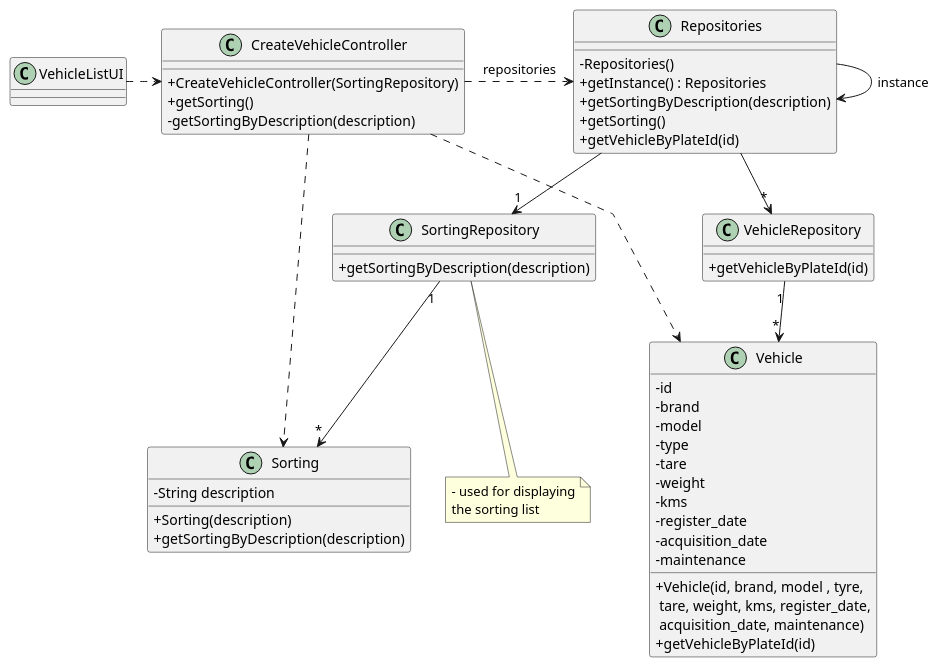
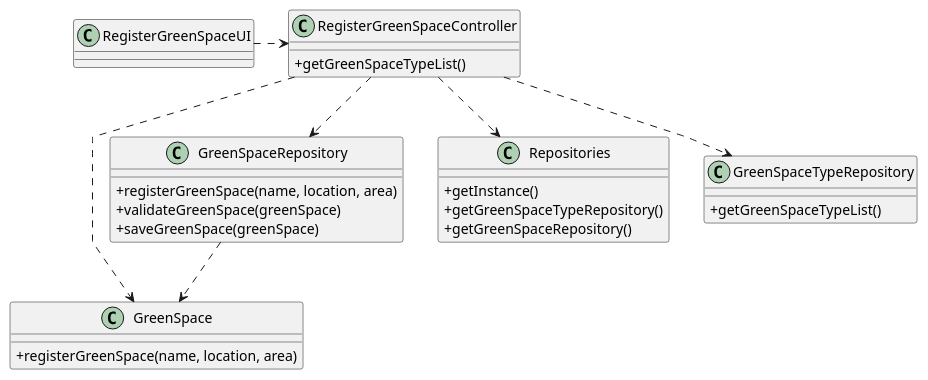
Before and after one commit to rpedros02/lei-24-s2-1DL-g08: the diagram in docs/sprintC/us020/03.design/puml/us020-class-diagram.puml, drawn with PlantUML.

Commit message:
class diagram design us020

```diff
--- a/docs/sprintC/us020/03.design/puml/us020-class-diagram.puml
+++ b/docs/sprintC/us020/03.design/puml/us020-class-diagram.puml
@@ -1,80 +1,53 @@
 @startuml
 'skinparam monochrome true
 skinparam packageStyle rectangle
 skinparam shadowing false
 skinparam linetype polyline
 'skinparam linetype orto
 
 skinparam classAttributeIconSize 0
 
-'left to right direction
 
-
-class Vehicle {
-    - id
-    - brand
-    - model
-    - type
-    - tare
-    - weight
-    - kms
-    - register_date
-    - acquisition_date
-    - maintenance
-
-    + Vehicle(id, brand, model , tyre,\n tare, weight, kms, register_date,\n acquisition_date, maintenance)
-    + getVehicleByPlateId(id)
+class GreenSpace {
+    + registerGreenSpace(name, location, area)
 }
 
-class Sorting {
-    - String description
+class GreenSpaceRepository {
+    + registerGreenSpace(name, location, area)
+    + validateGreenSpace(greenSpace)
+    + saveGreenSpace(greenSpace)
 
-    + Sorting(description)
-    + getSortingByDescription(description)
-}
-
-class SortingRepository {
-    + getSortingByDescription(description)
-}
-
-class VehicleRepository {
-    + getVehicleByPlateId(id)
 }
 
 class Repositories {
-    - Repositories()
-    + getInstance() : Repositories
-    + getSortingByDescription(description)
-    + getSorting()
-    + getVehicleByPlateId(id)
+    + getInstance()
+    + getGreenSpaceTypeRepository()
+    + getGreenSpaceRepository()
+
 }
 
-note bottom of SortingRepository
-    - used for displaying
-    the sorting list
-end note
+class GreenSpaceTypeRepository {
+    + getGreenSpaceTypeList()
 
-class VehicleListUI {
 }
 
-class CreateVehicleController {
-    + CreateVehicleController(SortingRepository)
-    + getSorting()
-    - getSortingByDescription(description)
+class RegisterGreenSpaceController {
+    + getGreenSpaceTypeList()
+
 }
 
-VehicleListUI .> CreateVehicleController
+class RegisterGreenSpaceUI {
+}
 
-CreateVehicleController .> Repositories : repositories
 
-Repositories -> Repositories : instance
+RegisterGreenSpaceUI .right.> RegisterGreenSpaceController
+RegisterGreenSpaceController ..> GreenSpaceRepository
+RegisterGreenSpaceController ..> GreenSpace
+RegisterGreenSpaceController ..> Repositories
+RegisterGreenSpaceController ..> GreenSpaceTypeRepository
+GreenSpaceRepository ..> GreenSpace
 
-Repositories --> "1" SortingRepository
-Repositories --> "*" VehicleRepository
 
-VehicleRepository "1" --> "*" Vehicle
-SortingRepository "1" --> "*" Sorting
 
-CreateVehicleController .> Sorting
-CreateVehicleController .> Vehicle
+
 @enduml
```
